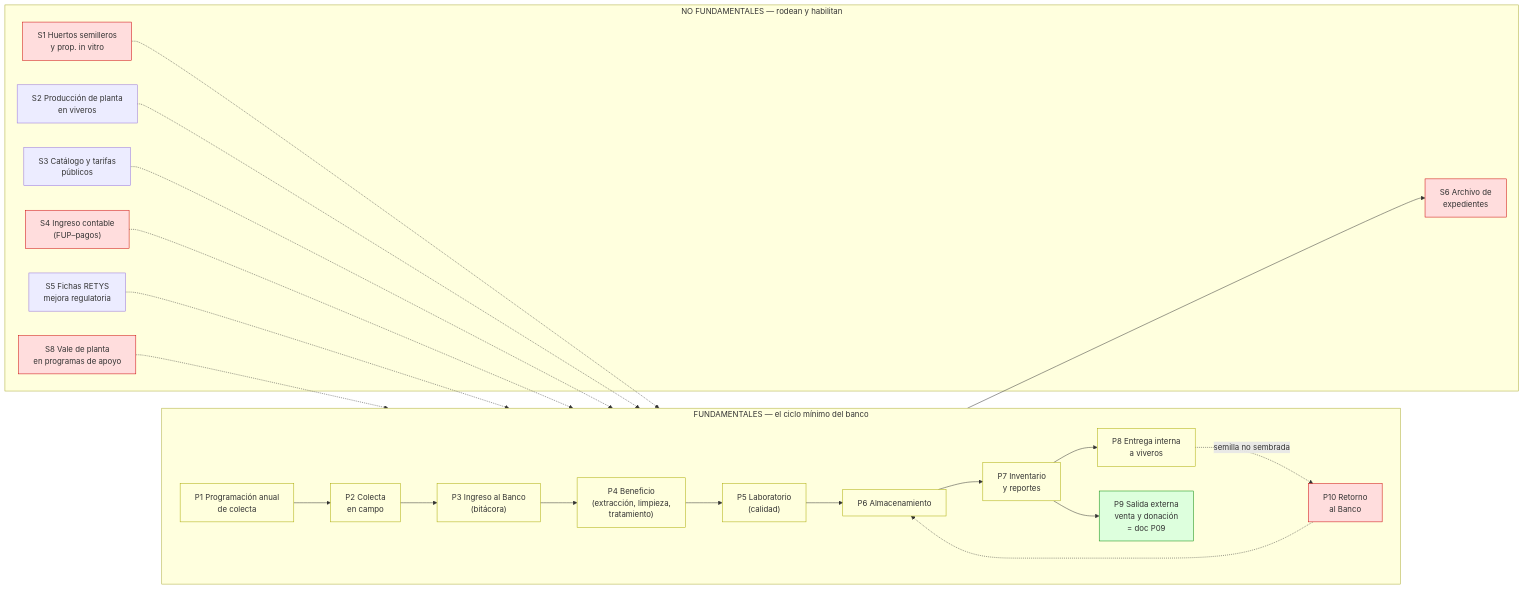
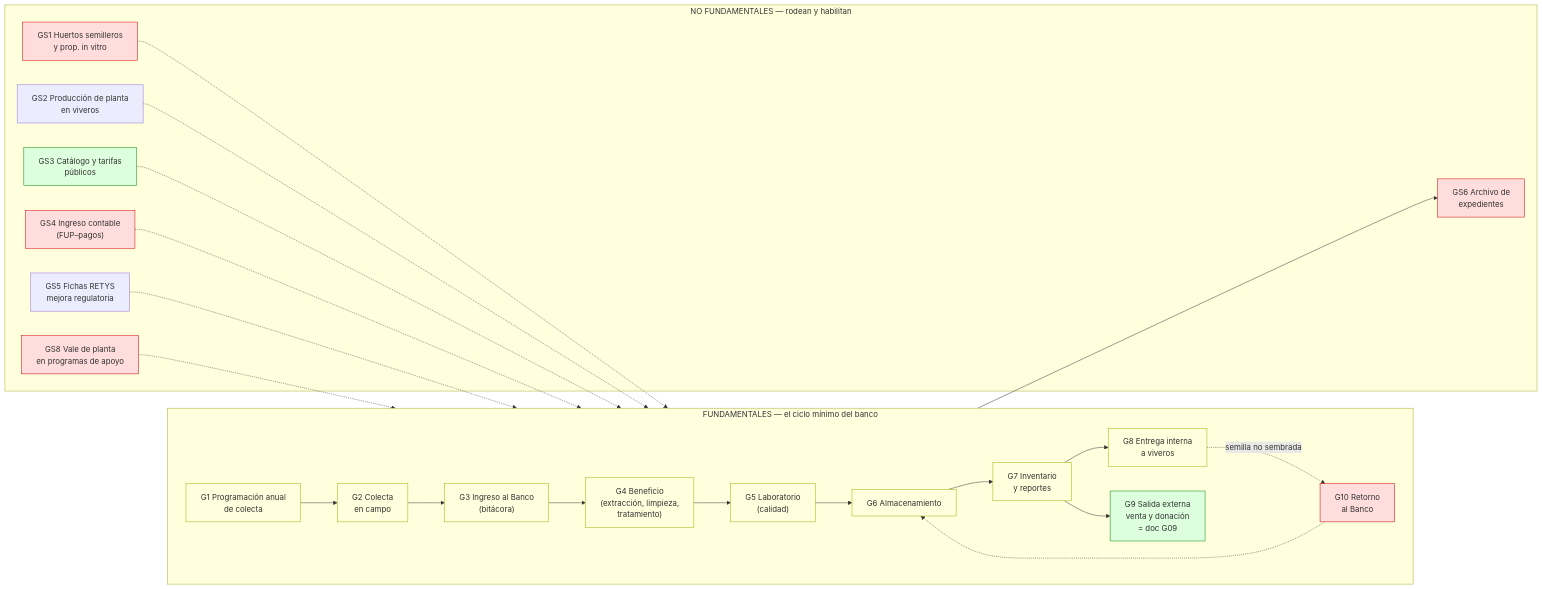
The diagram in Docs/Joni/Germoplasma/01_MAPA_PROCESOS_Y_VACIOS_GERMOPLASMA.md (TakedaTakeishi/proyecto-fepi), drawn with Mermaid before and after one commit. The commit also changed other lines of this file and 32 other files, not shown here.

````diff
--- a/Docs/Joni/Germoplasma/01_MAPA_PROCESOS_Y_VACIOS_GERMOPLASMA.md
+++ b/Docs/Joni/Germoplasma/01_MAPA_PROCESOS_Y_VACIOS_GERMOPLASMA.md
@@ -22,26 +24,26 @@
 ```mermaid
 flowchart LR
     subgraph FUND ["FUNDAMENTALES — el ciclo mínimo del banco"]
         direction LR
-        P1["P1 Programación anual<br/>de colecta"] --> P2["P2 Colecta<br/>en campo"] --> P3["P3 Ingreso al Banco<br/>(bitácora)"] --> P4["P4 Beneficio<br/>(extracción, limpieza,<br/>tratamiento)"] --> P5["P5 Laboratorio<br/>(calidad)"] --> P6["P6 Almacenamiento"] --> P7["P7 Inventario<br/>y reportes"]
-        P7 --> P8["P8 Entrega interna<br/>a viveros"]
-        P7 --> P9["P9 Salida externa<br/>venta y donación<br/>= doc P09"]
-        P8 -. "semilla no sembrada" .-> P10["P10 Retorno<br/>al Banco"] -.-> P6
+        G1["G1 Programación anual<br/>de colecta"] --> G2["G2 Colecta<br/>en campo"] --> G3["G3 Ingreso al Banco<br/>(bitácora)"] --> G4["G4 Beneficio<br/>(extracción, limpieza,<br/>tratamiento)"] --> G5["G5 Laboratorio<br/>(calidad)"] --> G6["G6 Almacenamiento"] --> G7["G7 Inventario<br/>y reportes"]
+        G7 --> G8["G8 Entrega interna<br/>a viveros"]
+        G7 --> G9["G9 Salida externa<br/>venta y donación<br/>= doc G09"]
+        G8 -. "semilla no sembrada" .-> G10["G10 Retorno<br/>al Banco"] -.-> G6
     end
     subgraph APOYO ["NO FUNDAMENTALES — rodean y habilitan"]
-        S1["S1 Huertos semilleros<br/>y prop. in vitro"] -.-> P2
-        S2["S2 Producción de planta<br/>en viveros"] -.-> P8
-        S3["S3 Catálogo y tarifas<br/>públicos"] -.-> P9
-        S4["S4 Ingreso contable<br/>(FUP–pagos)"] -.-> P9
-        S5["S5 Fichas RETYS<br/>mejora regulatoria"] -.-> P9
-        S6["S6 Archivo de<br/>expedientes"]
-        S8["S8 Vale de planta<br/>en programas de apoyo"] -.-> P9
+        GS1["GS1 Huertos semilleros<br/>y prop. in vitro"] -.-> G2
+        GS2["GS2 Producción de planta<br/>en viveros"] -.-> G8
+        GS3["GS3 Catálogo y tarifas<br/>públicos"] -.-> G9
+        GS4["GS4 Ingreso contable<br/>(FUP–pagos)"] -.-> G9
+        GS5["GS5 Fichas RETYS<br/>mejora regulatoria"] -.-> G9
+        GS6["GS6 Archivo de<br/>expedientes"]
+        GS8["GS8 Vale de planta<br/>en programas de apoyo"] -.-> G9
     end
-    P9 --> S6
+    G9 --> GS6
     classDef verde fill:#dfd,stroke:#080;
     classDef amarillo fill:#ffd,stroke:#aa0;
     classDef rojo fill:#fdd,stroke:#c00;
-    class P9 verde;
-    class P1,P2,P3,P4,P5,P6,P7,P8 amarillo;
-    class P10,S1,S4,S6,S8 rojo;
+    class G9,GS3 verde;
+    class G1,G2,G3,G4,G5,G6,G7,G8 amarillo;
+    class G10,GS1,GS4,GS6,GS8 rojo;
 ```
````
